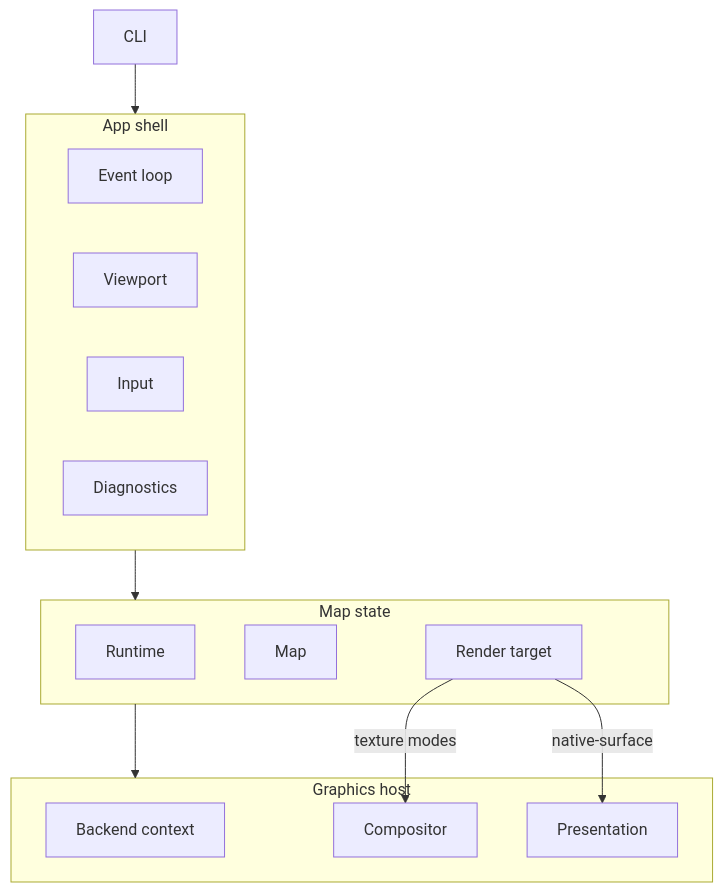
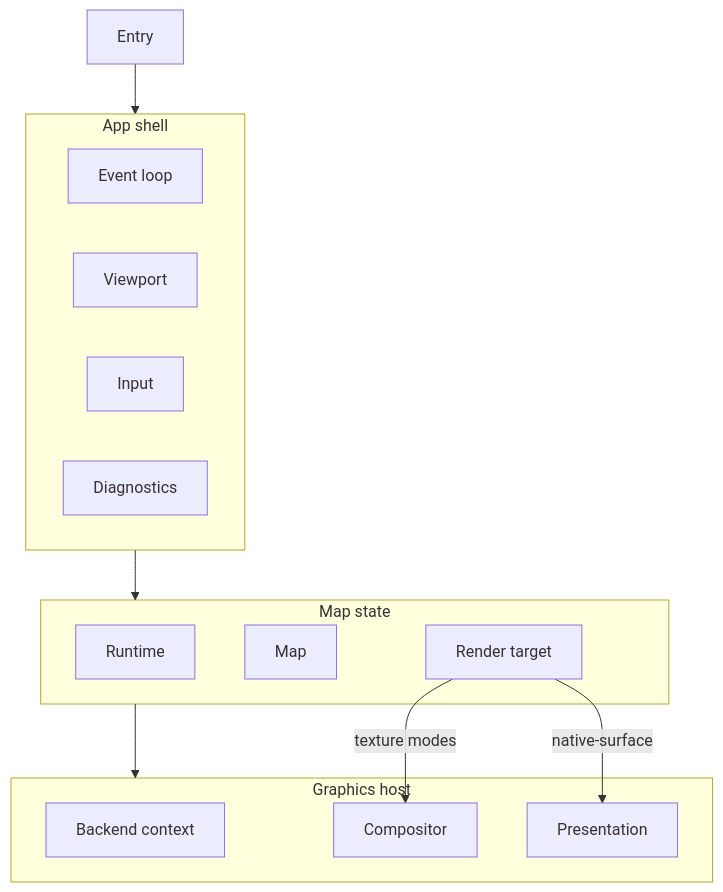
The first of 3 diagrams in docs/src/content/docs/development/map-example-specification.md (josxha/maplibre-native-ffi), drawn with Mermaid before and after one commit. The commit also changed other lines of this file and 5 other files, not shown here.

````diff
--- a/docs/src/content/docs/development/map-example-specification.md
+++ b/docs/src/content/docs/development/map-example-specification.md
@@ -134,24 +98,24 @@
 ```mermaid
 flowchart TB
   subgraph shell["App shell"]
     EL[Event loop]
     VP[Viewport]
     IN[Input]
     DG[Diagnostics]
   end
   subgraph mapstate["Map state"]
     RT[Runtime]
     MP[Map]
     RS[Render target]
   end
   subgraph gfx["Graphics host"]
     BE[Backend context]
     CP[Compositor]
     SC[Presentation]
   end
-  CLI --> shell
+  Entry[Entry] --> shell
   shell --> mapstate
   mapstate --> gfx
   RS -->|texture modes| CP
   RS -->|native-surface| SC
 ```
````
